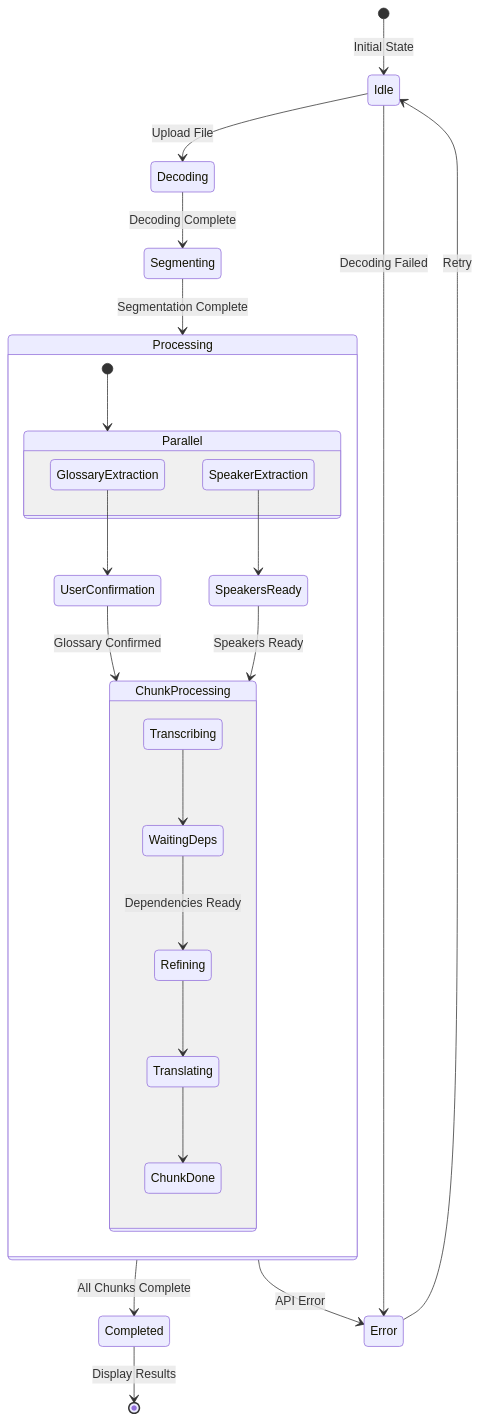
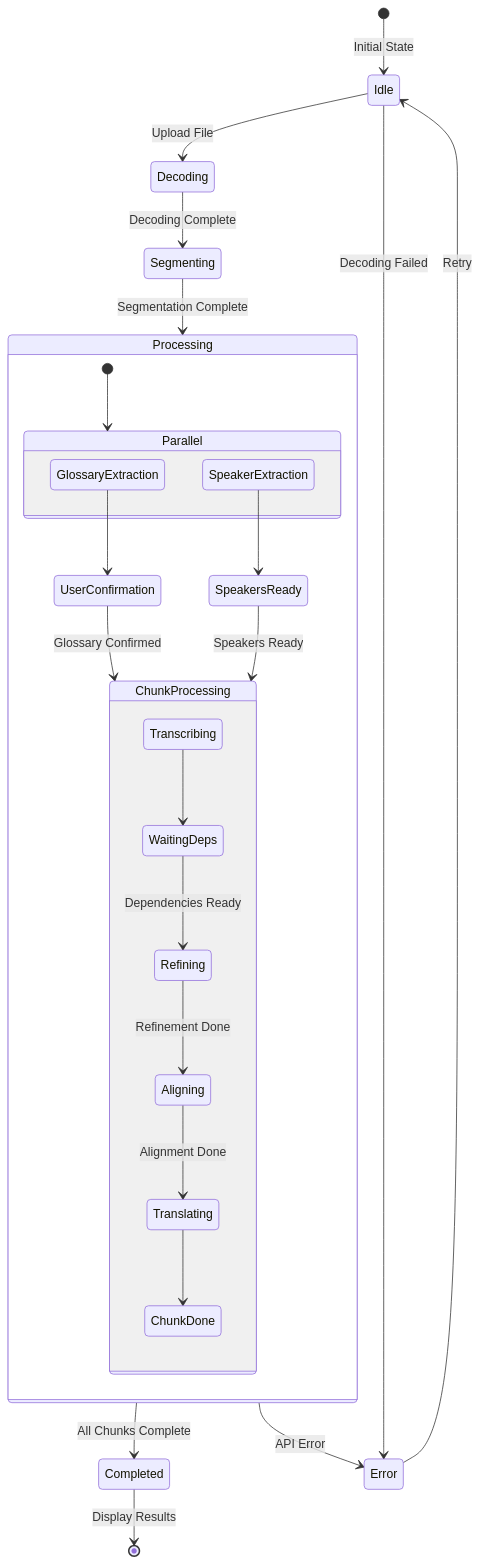
One commit to corvo007/Gemini-Subtitle-Pro changed diagram 14 of 15 in docs/ARCHITECTURE.md. Above: the diagram before and after it, drawn with Mermaid. The commit also changed other lines of this file and 3 other files, not shown here.

First line of the commit message:
docs: update architecture with reconciler and CTC aligner

````diff
--- a/docs/ARCHITECTURE.md
+++ b/docs/ARCHITECTURE.md
@@ -1181,34 +1239,35 @@
 ```mermaid
 stateDiagram-v2
     [*] --> Idle: Initial State
 
     Idle --> Decoding: Upload File
     Decoding --> Segmenting: Decoding Complete
     Segmenting --> Processing: Segmentation Complete
 
     state Processing {
         [*] --> Parallel
 
         state Parallel {
             GlossaryExtraction --> UserConfirmation
             SpeakerExtraction --> SpeakersReady
         }
 
         state ChunkProcessing {
             Transcribing --> WaitingDeps
             WaitingDeps --> Refining: Dependencies Ready
-            Refining --> Translating
+            Refining --> Aligning: Refinement Done
+            Aligning --> Translating: Alignment Done
             Translating --> ChunkDone
         }
 
         UserConfirmation --> ChunkProcessing: Glossary Confirmed
         SpeakersReady --> ChunkProcessing: Speakers Ready
     }
 
     Processing --> Completed: All Chunks Complete
     Completed --> [*]: Display Results
 
     Idle --> Error: Decoding Failed
     Processing --> Error: API Error
     Error --> Idle: Retry
 ```
````
